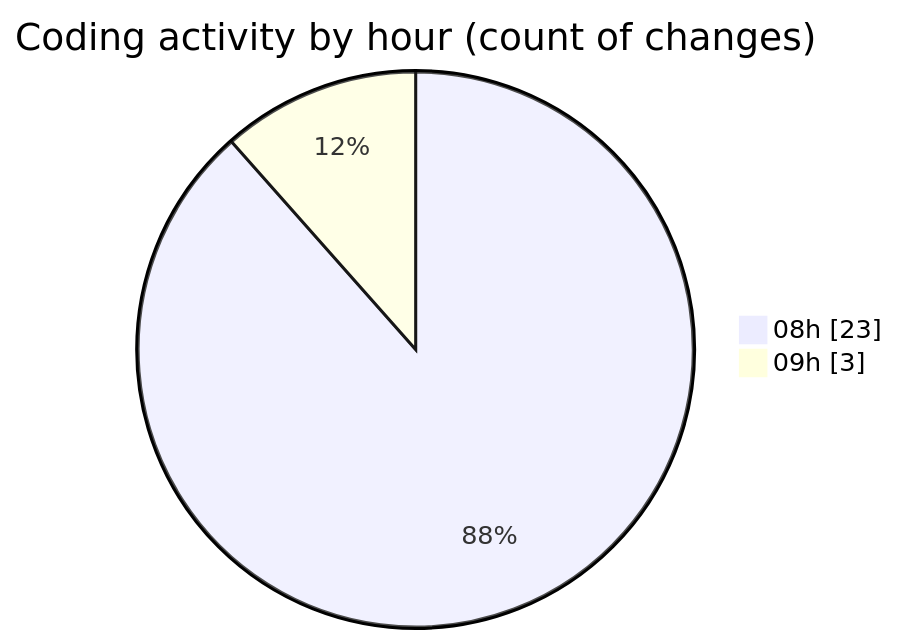
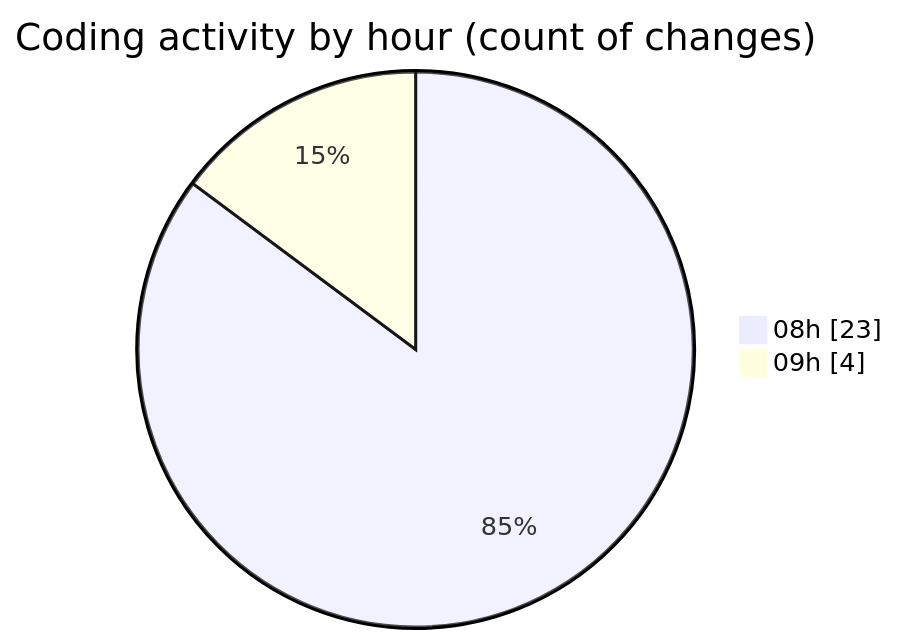
The second of 2 diagrams in 2026-06-02/cda/README.md (momahboobian/code-tracking), drawn with Mermaid before and after one commit. The commit also changed other lines of this file and 1 other file, not shown here.

````diff
--- a/2026-06-02/cda/README.md
+++ b/2026-06-02/cda/README.md
@@ -56,6 +58,6 @@
 ```mermaid
 pie showData
 title Coding activity by hour (count of changes)
 "08h" : 23
-"09h" : 3
+"09h" : 4
 ```
````
